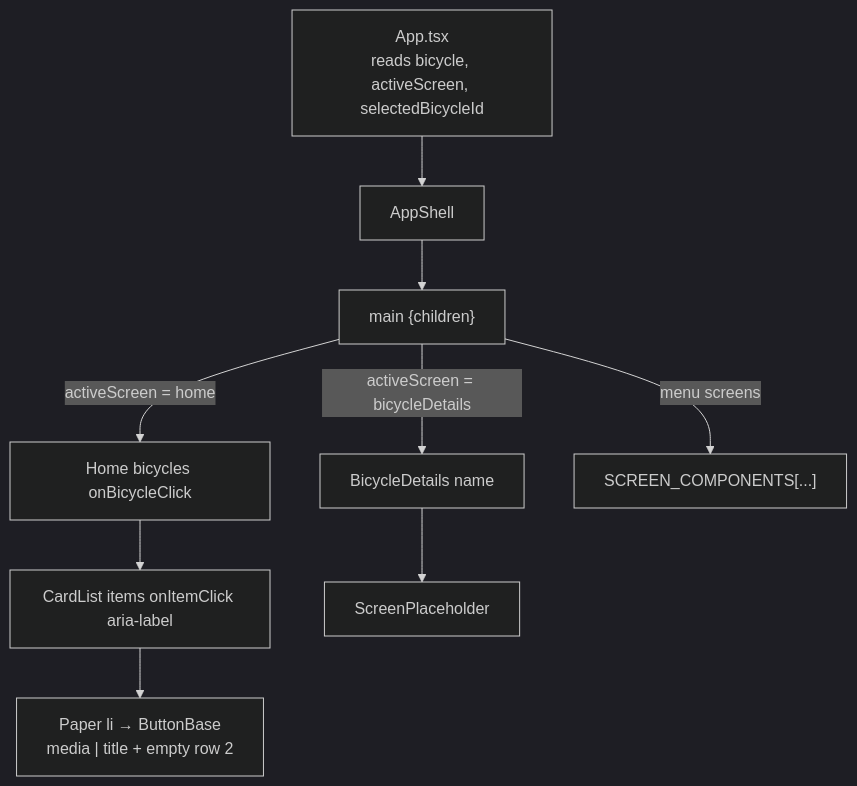
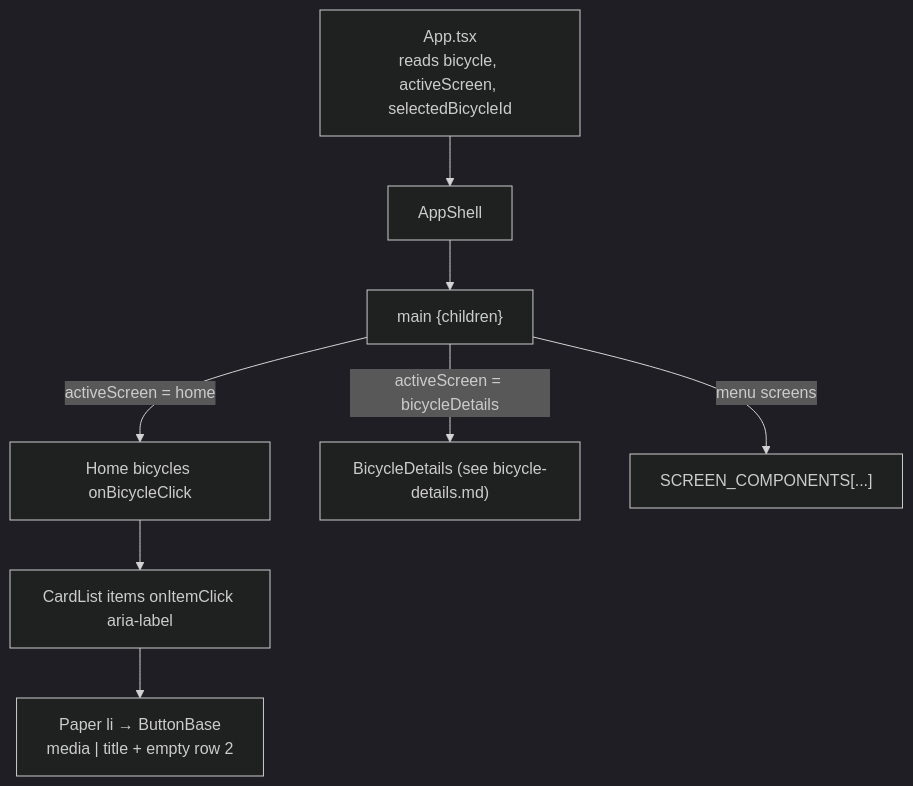
The diagram in docs/design/bicycle-card-list.md (westpole/bicam), drawn with Mermaid (dark theme) before and after one commit. The commit also changed other lines of this file and 46 other files, not shown here.

First line of the commit message:
feat: #21 enhance BicycleDetails screen with component inclusion functionality

````diff
--- a/docs/design/bicycle-card-list.md
+++ b/docs/design/bicycle-card-list.md
@@ -92,11 +95,10 @@
 ```mermaid
 flowchart TD
   App["App.tsx<br/>reads bicycle, activeScreen, selectedBicycleId"] --> AppShell
   AppShell --> Main["main {children}"]
   Main -->|"activeScreen = home"| Home["Home bicycles onBicycleClick"]
-  Main -->|"activeScreen = bicycleDetails"| Details["BicycleDetails name"]
+  Main -->|"activeScreen = bicycleDetails"| Details["BicycleDetails (see bicycle-details.md)"]
   Main -->|"menu screens"| Screens["SCREEN_COMPONENTS[...]"]
   Home --> CardList["CardList items onItemClick aria-label"]
   CardList --> Card["Paper li → ButtonBase<br/>media | title + empty row 2"]
-  Details --> ScreenPlaceholder
 ```
````
